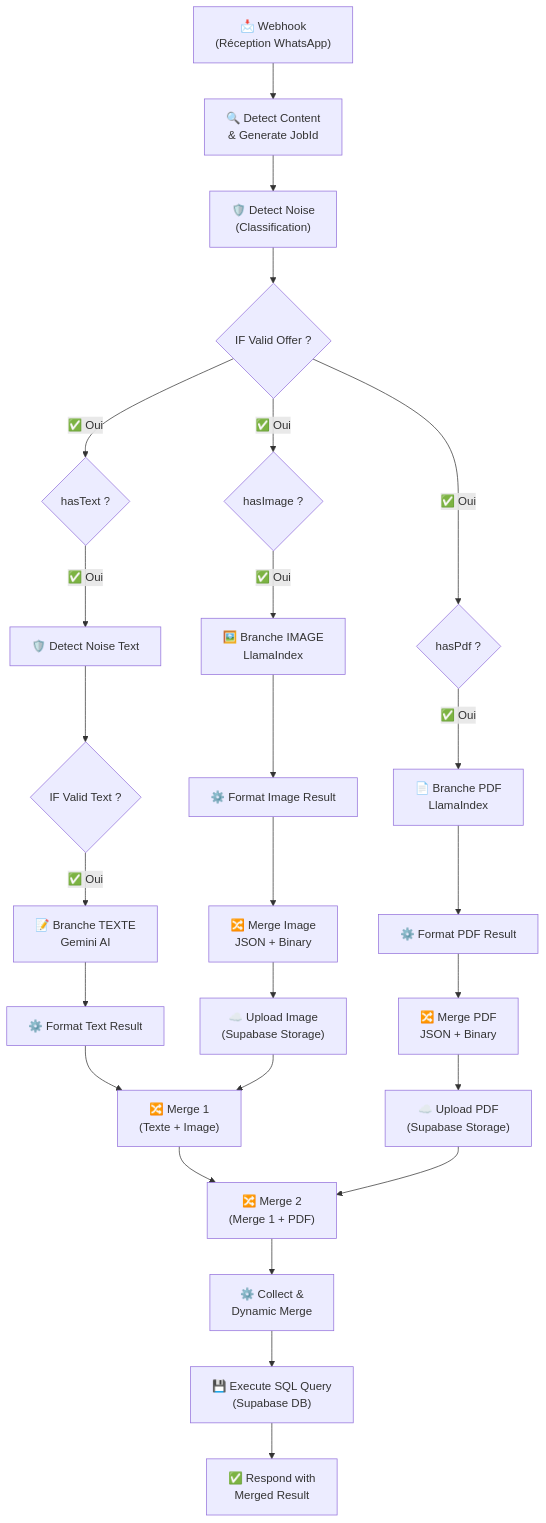
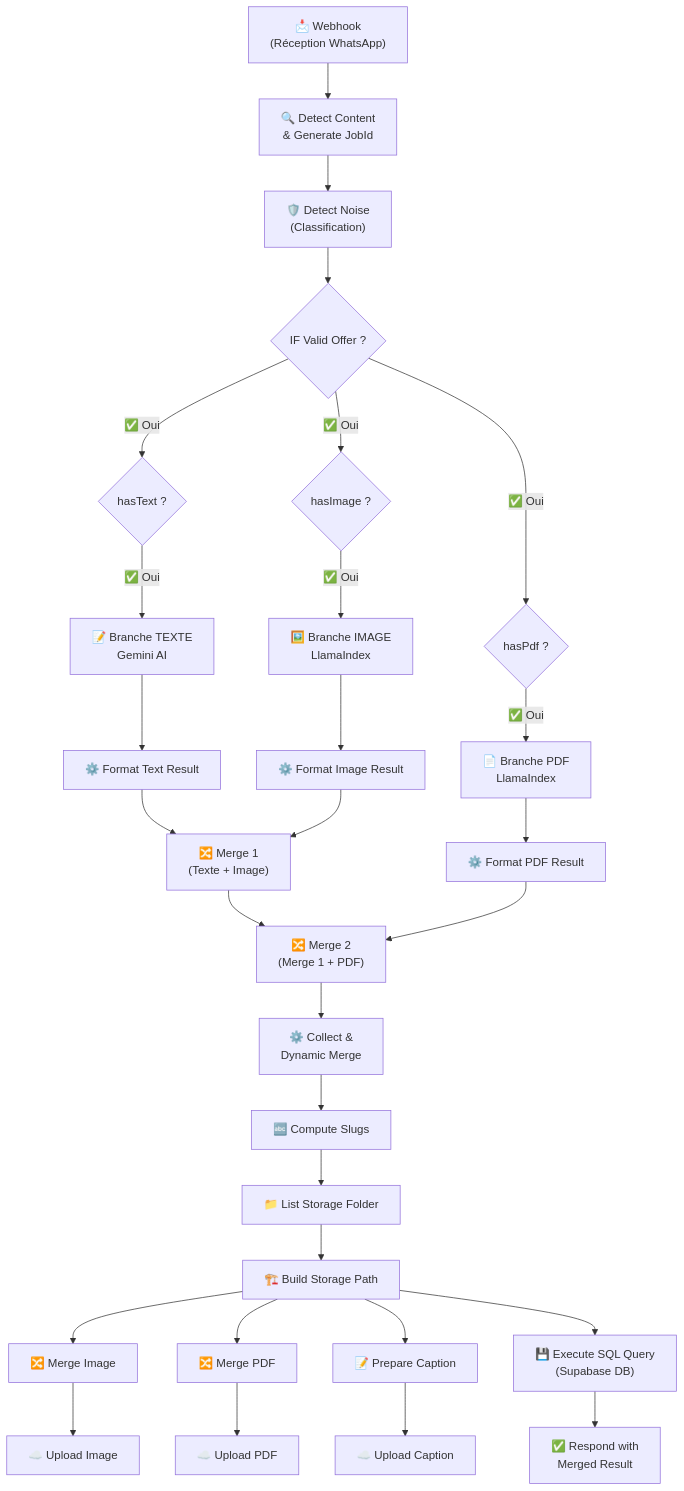
One commit to anismhaddouche/TrackTreck changed the first of 2 diagrams in docs/n8n_workflows_documentation.md. Above: the diagram before and after it, drawn with Mermaid. The commit also changed other lines of this file and 1 other file, not shown here.

````diff
--- a/docs/n8n_workflows_documentation.md
+++ b/docs/n8n_workflows_documentation.md
@@ -51,37 +53,42 @@
 ```mermaid
 graph TD
     A["📩 Webhook<br/>(Réception WhatsApp)"] --> B["🔍 Detect Content<br/>& Generate JobId"]
     
     B --> N["🛡️ Detect Noise<br/>(Classification)"]
     N --> VO{"IF Valid Offer ?"}
     
     VO -->|✅ Oui| C{"hasText ?"}
     VO -->|✅ Oui| D{"hasImage ?"}
     VO -->|✅ Oui| E{"hasPdf ?"}
     
-    C -->|✅ Oui| NT["🛡️ Detect Noise Text"]
-    NT --> VTO{"IF Valid Text ?"}
-    VTO -->|✅ Oui| F["📝 Branche TEXTE<br/>Gemini AI"]
+    C -->|✅ Oui| F["📝 Branche TEXTE<br/>Gemini AI"]
     
     D -->|✅ Oui| G["🖼️ Branche IMAGE<br/>LlamaIndex"]
     E -->|✅ Oui| H["📄 Branche PDF<br/>LlamaIndex"]
     
     F --> FT["⚙️ Format Text Result"]
     G --> FI["⚙️ Format Image Result"]
     H --> FP["⚙️ Format PDF Result"]
 
-    FI --> MI["🔀 Merge Image<br/>JSON + Binary"]
-    FP --> MP["🔀 Merge PDF<br/>JSON + Binary"]
-    
-    MI --> U1["☁️ Upload Image<br/>(Supabase Storage)"]
-    MP --> U2["☁️ Upload PDF<br/>(Supabase Storage)"]
-
     FT --> I["🔀 Merge 1<br/>(Texte + Image)"]
-    U1 --> I
+    FI --> I
     I --> J["🔀 Merge 2<br/>(Merge 1 + PDF)"]
-    U2 --> J
+    FP --> J
     
     J --> K["⚙️ Collect &<br/>Dynamic Merge"]
-    K --> SQL["💾 Execute SQL Query<br/>(Supabase DB)"]
+    K --> SLUG["🔤 Compute Slugs"]
+    SLUG --> LSF["📁 List Storage Folder"]
+    LSF --> BSP["🏗️ Build Storage Path"]
+    
+    BSP --> MI["🔀 Merge Image"]
+    MI --> U1["☁️ Upload Image"]
+    
+    BSP --> MP["🔀 Merge PDF"]
+    MP --> U2["☁️ Upload PDF"]
+    
+    BSP --> PC["📝 Prepare Caption"]
+    PC --> UC["☁️ Upload Caption"]
+    
+    BSP --> SQL["💾 Execute SQL Query<br/>(Supabase DB)"]
     SQL --> L["✅ Respond with<br/>Merged Result"]
 ```
````
